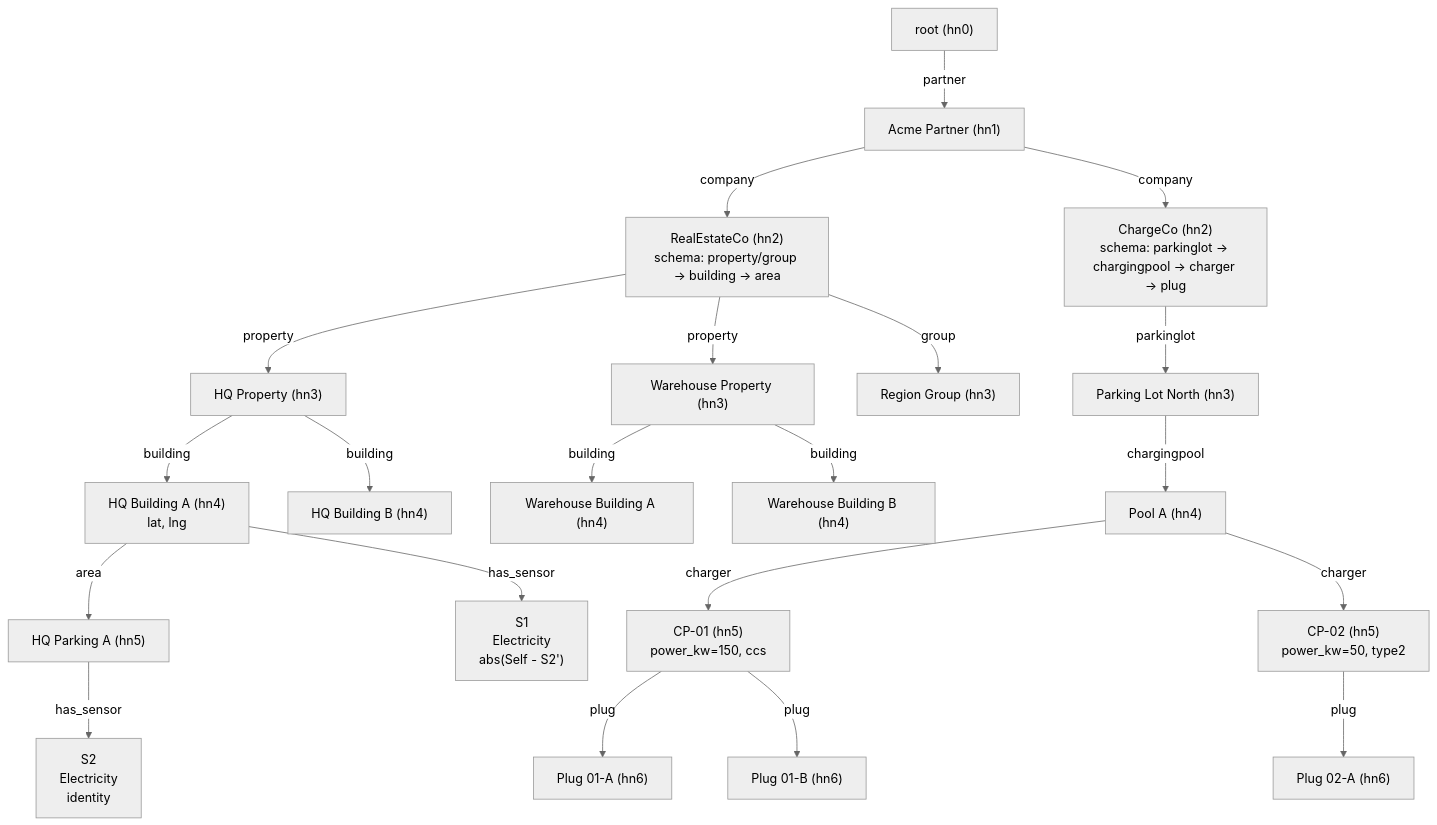
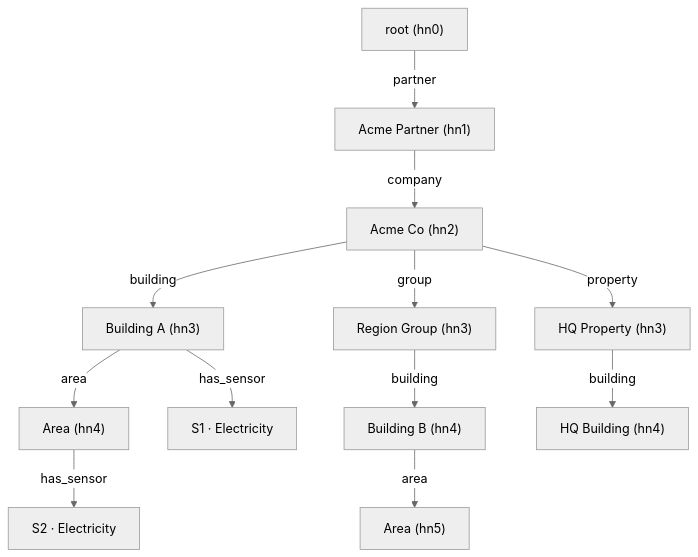
The first of 3 diagrams in docs/hierarchy-and-sensors.md (surt666/ems_rust), drawn with Mermaid (neutral theme) before and after one commit. The commit also changed other lines of this file and 7 other files, not shown here.

````diff
--- a/docs/hierarchy-and-sensors.md
+++ b/docs/hierarchy-and-sensors.md
@@ -118,26 +146,16 @@
 ```mermaid
 graph TD
   root["root (hn0)"] -->|partner| P["Acme Partner (hn1)"]
-  P -->|company| RE["RealEstateCo (hn2)<br/>schema: property/group → building → area"]
-  P -->|company| CP["ChargeCo (hn2)<br/>schema: parkinglot → chargingpool → charger → plug"]
+  P -->|company| C["Acme Co (hn2)"]
 
-  RE -->|property| HQ["HQ Property (hn3)"]
-  RE -->|property| WH["Warehouse Property (hn3)"]
-  RE -->|group| RG["Region Group (hn3)"]
-  HQ -->|building| HBA["HQ Building A (hn4)<br/>lat, lng"]
-  HQ -->|building| HBB["HQ Building B (hn4)"]
-  WH -->|building| WBA["Warehouse Building A (hn4)"]
-  WH -->|building| WBB["Warehouse Building B (hn4)"]
-  HBA -->|area| AREA["HQ Parking A (hn5)"]
+  C -->|building| B1["Building A (hn3)"]
+  C -->|group| G["Region Group (hn3)"]
+  C -->|property| PR["HQ Property (hn3)"]
+  G -->|building| B2["Building B (hn4)"]
+  PR -->|building| B3["HQ Building (hn4)"]
+  B1 -->|area| A1["Area (hn4)"]
+  B2 -->|area| A2["Area (hn5)"]
 
-  HBA -->|has_sensor| S1["S1<br/>Electricity<br/>abs(Self - S2')"]
-  AREA -->|has_sensor| S2["S2<br/>Electricity<br/>identity"]
-
-  CP -->|parkinglot| LOT["Parking Lot North (hn3)"]
-  LOT -->|chargingpool| POOL["Pool A (hn4)"]
-  POOL -->|charger| C1["CP-01 (hn5)<br/>power_kw=150, ccs"]
-  POOL -->|charger| C2["CP-02 (hn5)<br/>power_kw=50, type2"]
-  C1 -->|plug| P1A["Plug 01-A (hn6)"]
-  C1 -->|plug| P1B["Plug 01-B (hn6)"]
-  C2 -->|plug| P2A["Plug 02-A (hn6)"]
+  B1 -->|has_sensor| S1["S1 · Electricity"]
+  A1 -->|has_sensor| S2["S2 · Electricity"]
 ```
````
